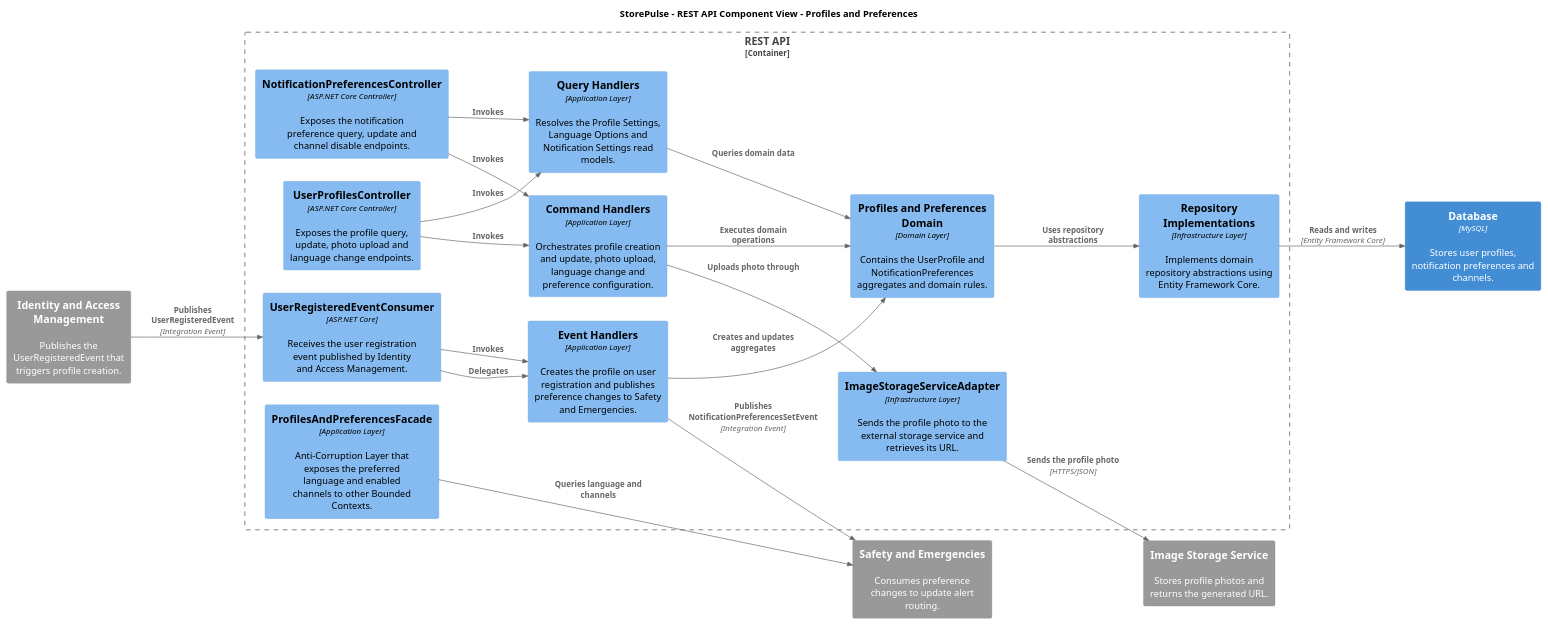
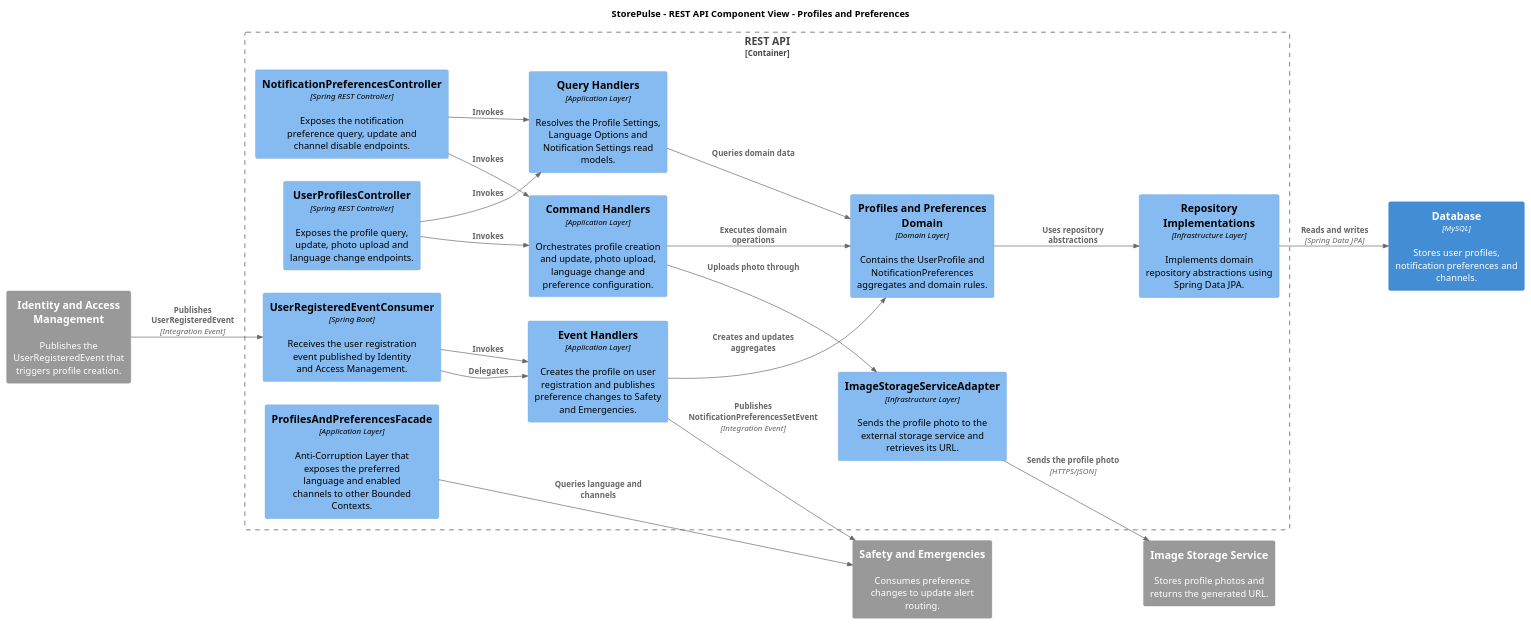
The diagram in assets/architecture/profiles-and-preferences/03_Profiles_REST_API_Component.puml (VanguardTechIot/storepulse-report), drawn with PlantUML before and after one commit. The commit also changed 33 other files, not shown here.

Commit message:
docs(architecture): replace dotnet references with spring boot

```diff
--- a/assets/architecture/profiles-and-preferences/03_Profiles_REST_API_Component.puml
+++ b/assets/architecture/profiles-and-preferences/03_Profiles_REST_API_Component.puml
@@ -1,66 +1,66 @@
 @startuml
 !include https://raw.githubusercontent.com/plantuml-stdlib/C4-PlantUML/master/C4_Component.puml
 
 LAYOUT_LEFT_RIGHT()
 HIDE_STEREOTYPE()
 
 skinparam shadowing false
 skinparam defaultFontName Arial
 
 title StorePulse - REST API Component View - Profiles and Preferences
 
 Container_Boundary(restApi, "REST API") {
-    Component(userProfilesController, "UserProfilesController", "ASP.NET Core Controller", "Exposes the profile query, update, photo upload and language change endpoints.")
-    Component(notificationPreferencesController, "NotificationPreferencesController", "ASP.NET Core Controller", "Exposes the notification preference query, update and channel disable endpoints.")
-    Component(userRegisteredEventConsumer, "UserRegisteredEventConsumer", "ASP.NET Core", "Receives the user registration event published by Identity and Access Management.")
+    Component(userProfilesController, "UserProfilesController", "Spring REST Controller", "Exposes the profile query, update, photo upload and language change endpoints.")
+    Component(notificationPreferencesController, "NotificationPreferencesController", "Spring REST Controller", "Exposes the notification preference query, update and channel disable endpoints.")
+    Component(userRegisteredEventConsumer, "UserRegisteredEventConsumer", "Spring Boot", "Receives the user registration event published by Identity and Access Management.")
 
     Component(commandHandlers, "Command Handlers", "Application Layer", "Orchestrates profile creation and update, photo upload, language change and preference configuration.")
     Component(queryHandlers, "Query Handlers", "Application Layer", "Resolves the Profile Settings, Language Options and Notification Settings read models.")
     Component(eventHandlers, "Event Handlers", "Application Layer", "Creates the profile on user registration and publishes preference changes to Safety and Emergencies.")
 
     Component(profilesAndPreferencesFacade, "ProfilesAndPreferencesFacade", "Application Layer", "Anti-Corruption Layer that exposes the preferred language and enabled channels to other Bounded Contexts.")
 
     Component(imageStorageServiceAdapter, "ImageStorageServiceAdapter", "Infrastructure Layer", "Sends the profile photo to the external storage service and retrieves its URL.")
 
     Component(profilesAndPreferencesDomain, "Profiles and Preferences Domain", "Domain Layer", "Contains the UserProfile and NotificationPreferences aggregates and domain rules.")
 
-    Component(repositoryImplementations, "Repository Implementations", "Infrastructure Layer", "Implements domain repository abstractions using Entity Framework Core.")
+    Component(repositoryImplementations, "Repository Implementations", "Infrastructure Layer", "Implements domain repository abstractions using Spring Data JPA.")
 }
 
 System_Ext(identityAccessManagement, "Identity and Access Management", "Publishes the UserRegisteredEvent that triggers profile creation.")
 
 System_Ext(imageStorageService, "Image Storage Service", "Stores profile photos and returns the generated URL.")
 
 System_Ext(safetyEmergencies, "Safety and Emergencies", "Consumes preference changes to update alert routing.")
 
 Container(database, "Database", "MySQL", "Stores user profiles, notification preferences and channels.")
 
 Rel(identityAccessManagement, userRegisteredEventConsumer, "Publishes UserRegisteredEvent", "Integration Event")
 Rel(userRegisteredEventConsumer, eventHandlers, "Delegates")
 
 Rel(userProfilesController, commandHandlers, "Invokes")
 Rel(userProfilesController, queryHandlers, "Invokes")
 
 Rel(notificationPreferencesController, commandHandlers, "Invokes")
 Rel(notificationPreferencesController, queryHandlers, "Invokes")
 
 Rel(userRegisteredEventConsumer, eventHandlers, "Invokes")
 
 Rel(commandHandlers, profilesAndPreferencesDomain, "Executes domain operations")
 Rel(commandHandlers, imageStorageServiceAdapter, "Uploads photo through")
 
 Rel(queryHandlers, profilesAndPreferencesDomain, "Queries domain data")
 
 Rel(eventHandlers, profilesAndPreferencesDomain, "Creates and updates aggregates")
 
 Rel(profilesAndPreferencesDomain, repositoryImplementations, "Uses repository abstractions")
 
-Rel(repositoryImplementations, database, "Reads and writes", "Entity Framework Core")
+Rel(repositoryImplementations, database, "Reads and writes", "Spring Data JPA")
 
 Rel(imageStorageServiceAdapter, imageStorageService, "Sends the profile photo", "HTTPS/JSON")
 
 Rel(eventHandlers, safetyEmergencies, "Publishes NotificationPreferencesSetEvent", "Integration Event")
 
 Rel(profilesAndPreferencesFacade, safetyEmergencies, "Queries language and channels")
 
 @enduml
```
